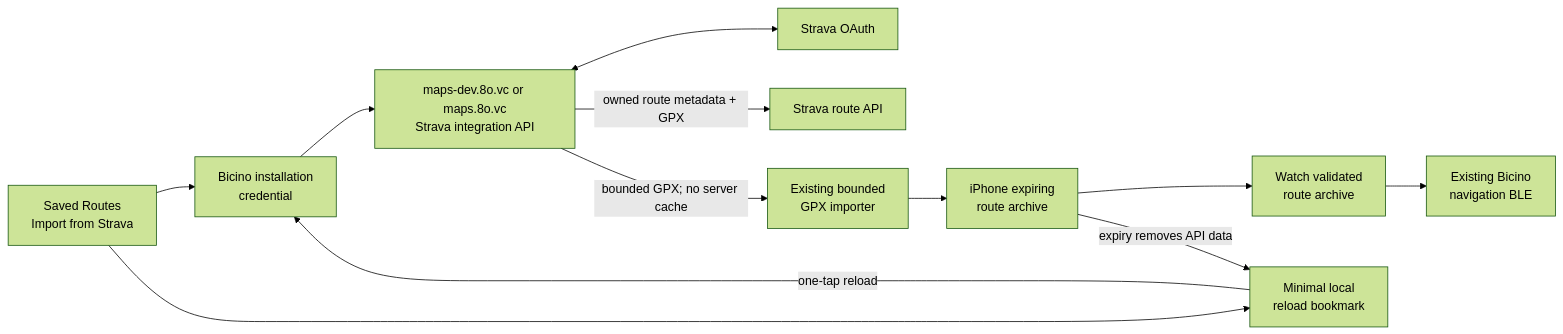
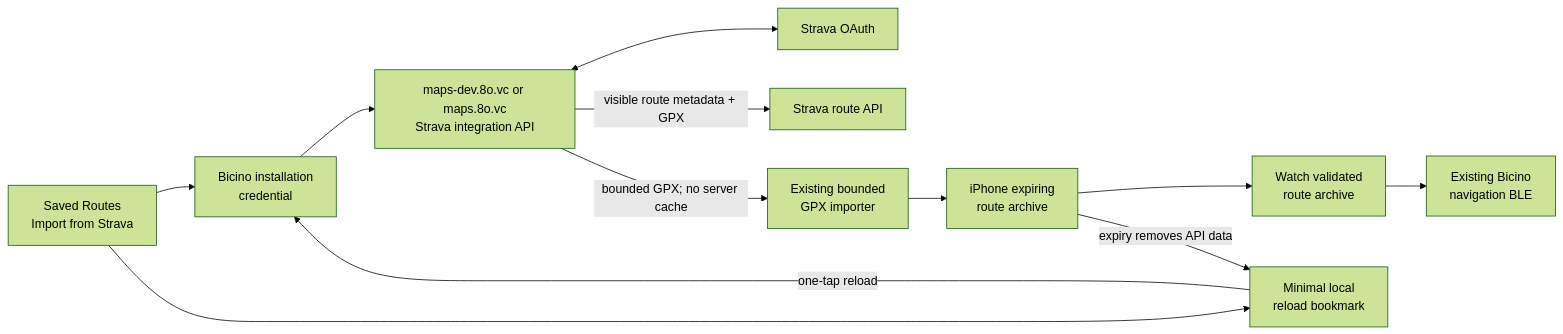
The diagram in docs/plans/strava-route-url-import-implementation-plan.md (seichris/open-bike-computer), drawn with Mermaid (forest theme) before and after one commit. The commit also changed other lines of this file and 6 other files, not shown here.

Commit message:
Allow importing visible Strava cycling routes

````diff
--- a/docs/plans/strava-route-url-import-implementation-plan.md
+++ b/docs/plans/strava-route-url-import-implementation-plan.md
@@ -328,22 +325,22 @@
 ```mermaid
 flowchart LR
     UI["Saved Routes<br/>Import from Strava"]
     AUTH["Bicino installation<br/>credential"]
     API["maps-dev.8o.vc or maps.8o.vc<br/>Strava integration API"]
     OAUTH["Strava OAuth"]
     ROUTES["Strava route API"]
     GPX["Existing bounded<br/>GPX importer"]
     LIB["iPhone expiring<br/>route archive"]
     BOOKMARK["Minimal local<br/>reload bookmark"]
     WATCH["Watch validated<br/>route archive"]
     DEVICE["Existing Bicino<br/>navigation BLE"]
 
     UI --> AUTH --> API
     API <--> OAUTH
-    API -->|"owned route metadata + GPX"| ROUTES
+    API -->|"visible route metadata + GPX"| ROUTES
     API -->|"bounded GPX; no server cache"| GPX
     GPX --> LIB --> WATCH --> DEVICE
     UI --> BOOKMARK
     BOOKMARK -->|"one-tap reload"| AUTH
     LIB -->|"expiry removes API data"| BOOKMARK
 ```
````
